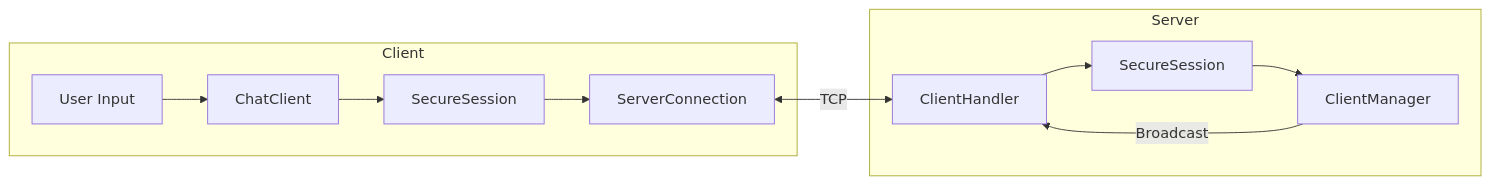
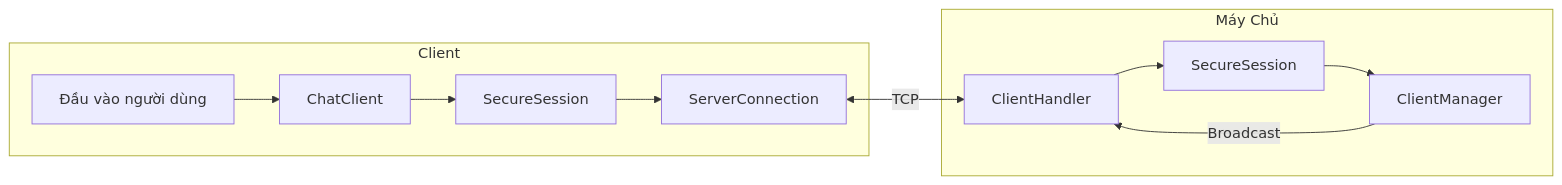
The sixth of 6 diagrams in docs/ARCHITECTURE.md (QuocVinhTrinhLam/SecureChat-System), drawn with Mermaid before and after one commit. The commit also changed other lines of this file and 2 other files, not shown here.

````diff
--- a/docs/ARCHITECTURE.md
+++ b/docs/ARCHITECTURE.md
@@ -184,16 +184,16 @@
 ```mermaid
 flowchart LR
     subgraph Client
-        UI[User Input] --> CC[ChatClient]
+        UI[Đầu vào người dùng] --> CC[ChatClient]
         CC --> SS1[SecureSession]
         SS1 --> SC[ServerConnection]
     end
     
     SC <-->|TCP| CH
     
-    subgraph Server
+    subgraph Server[Máy Chủ]
         CH[ClientHandler] --> SS2[SecureSession]
         SS2 --> CM[ClientManager]
         CM -->|Broadcast| CH
     end
 ```
````
